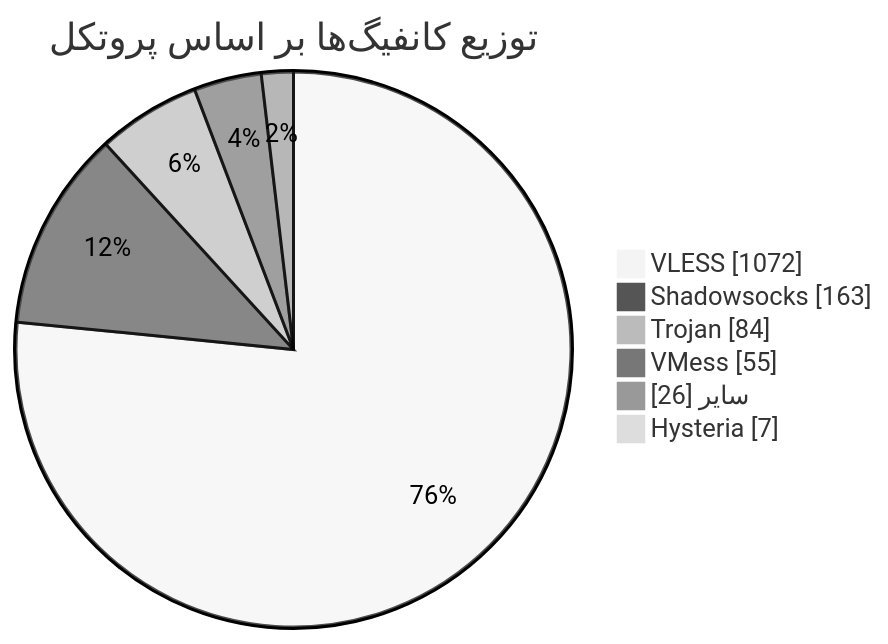
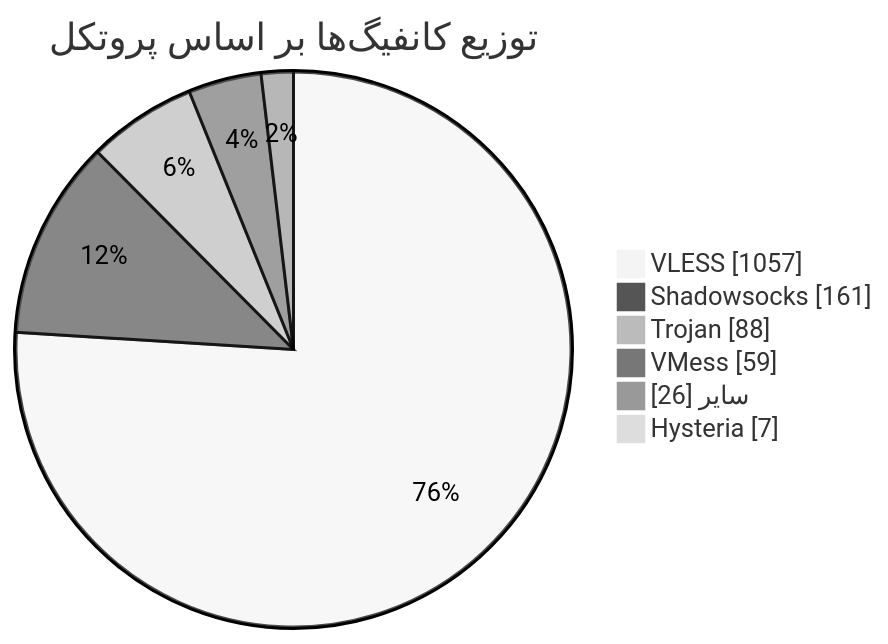
One commit to Arian-Alijani/Somthing changed the diagram in README.md. Above: the diagram before and after it, drawn with Mermaid (neutral theme). The commit also changed other lines of this file and 81 other files, not shown here.

````diff
--- a/README.md
+++ b/README.md
@@ -50,10 +50,10 @@
 ```mermaid
 pie showData
     title توزیع کانفیگ‌ها بر اساس پروتکل
-    "VLESS" : 1072
-    "Shadowsocks" : 163
-    "Trojan" : 84
-    "VMess" : 55
+    "VLESS" : 1057
+    "Shadowsocks" : 161
+    "Trojan" : 88
+    "VMess" : 59
     "سایر" : 26
     "Hysteria" : 7
 ```
````
